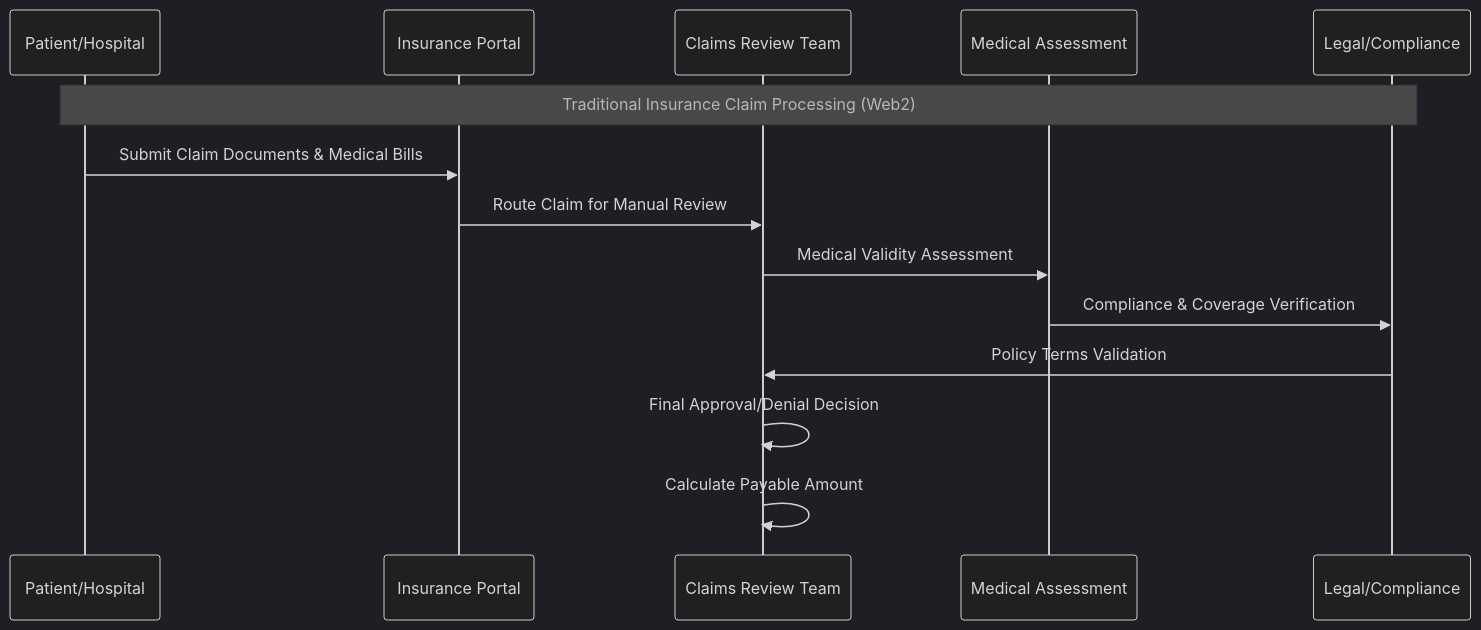
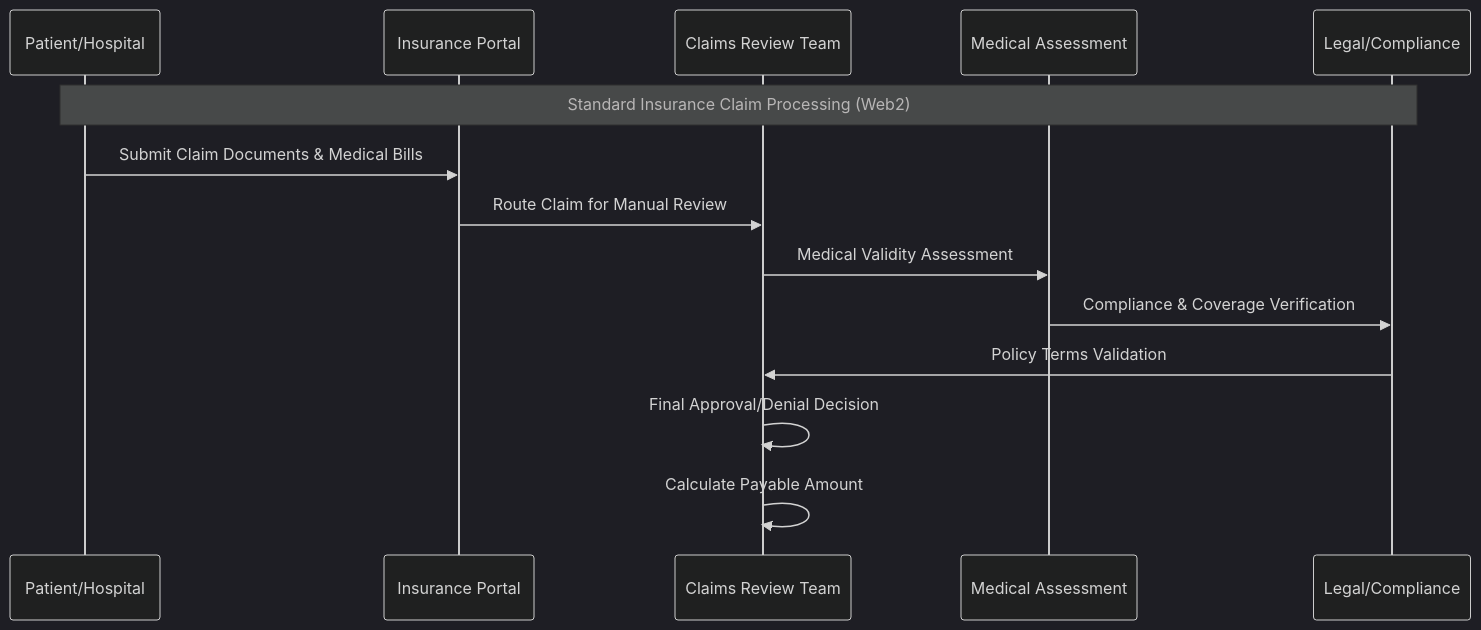
Before and after one commit to ppezzull/zkMed: the third of 5 diagrams in memory-bank/activeContext.md, drawn with Mermaid (dark theme). The commit also changed other lines of this file and 3 other files, not shown here.

````diff
--- a/memory-bank/activeContext.md
+++ b/memory-bank/activeContext.md
@@ -85,17 +152,17 @@
 ```mermaid
 sequenceDiagram
     participant P as Patient/Hospital
     participant Portal as Insurance Portal
     participant Review as Claims Review Team
     participant Medical as Medical Assessment
     participant Legal as Legal/Compliance
 
-    Note over P,Legal: Traditional Insurance Claim Processing (Web2)
+    Note over P,Legal: Standard Insurance Claim Processing (Web2)
     P->>Portal: Submit Claim Documents & Medical Bills
     Portal->>Review: Route Claim for Manual Review
     Review->>Medical: Medical Validity Assessment
     Medical->>Legal: Compliance & Coverage Verification
     Legal->>Review: Policy Terms Validation
     Review->>Review: Final Approval/Denial Decision
     Review->>Review: Calculate Payable Amount
 ```
````
